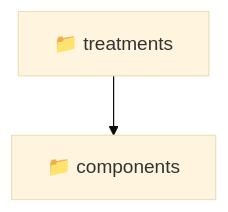
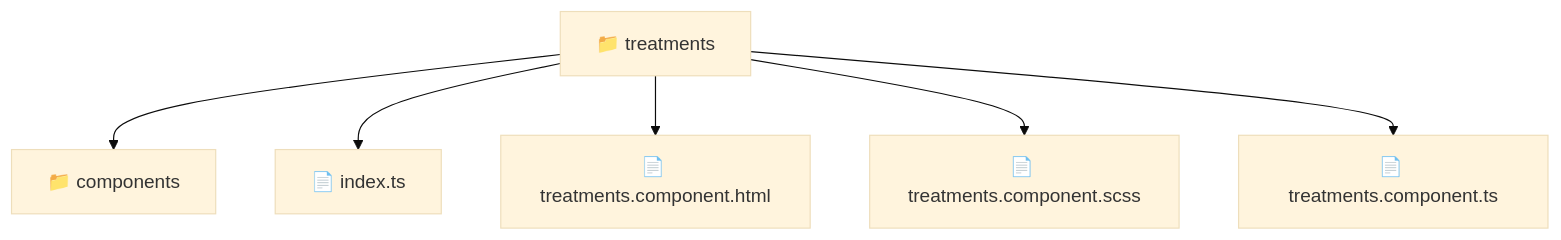
One commit to beginwebdev2002/fullstack-mavluda changed the diagram in frontend/src/pages/treatments/README.md. Above: the diagram before and after it, drawn with Mermaid (base theme). The commit also changed other lines of this file and 157 other files, not shown here.

First line of the commit message:
docs: generate localized readmes for architectural transparency

````diff
--- a/frontend/src/pages/treatments/README.md
+++ b/frontend/src/pages/treatments/README.md
@@ -11,5 +11,9 @@
 ```mermaid
 graph TD
   treatments["📁 treatments"]
-  treatments --> components["📁 components"]
+  treatments --> treatments_components["📁 components"]
+  treatments --> treatments_index_ts["📄 index.ts"]
+  treatments --> treatments_treatments_component_html["📄 treatments.component.html"]
+  treatments --> treatments_treatments_component_scss["📄 treatments.component.scss"]
+  treatments --> treatments_treatments_component_ts["📄 treatments.component.ts"]
 ```
````
